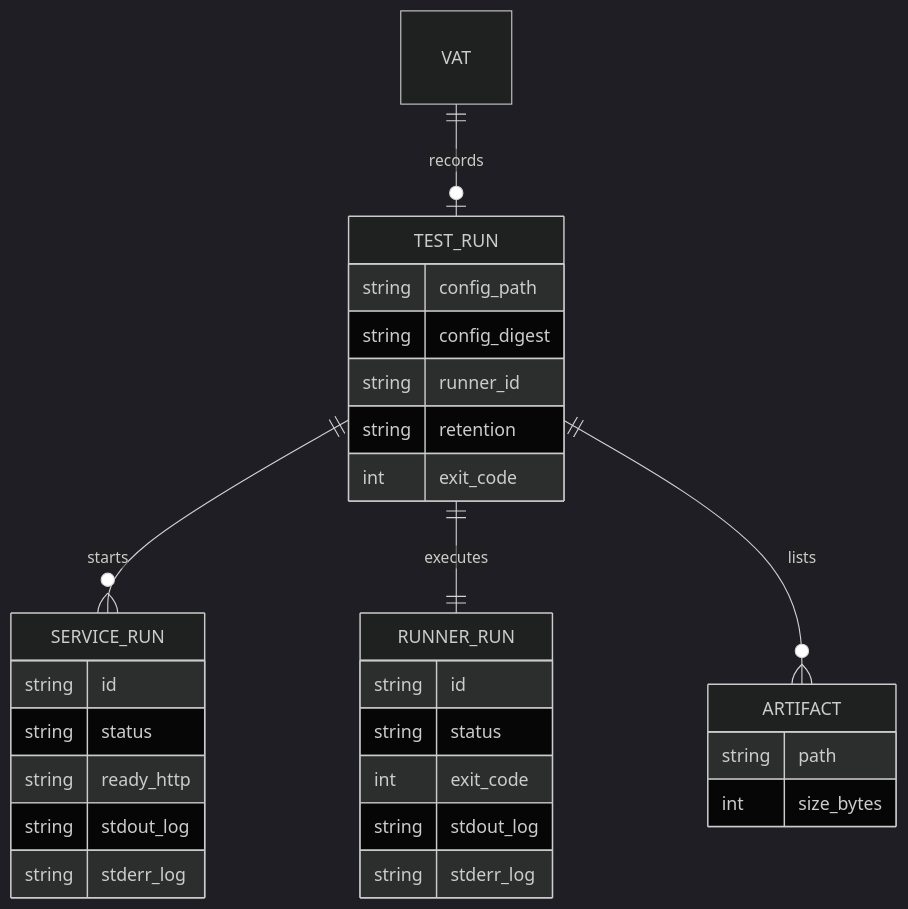
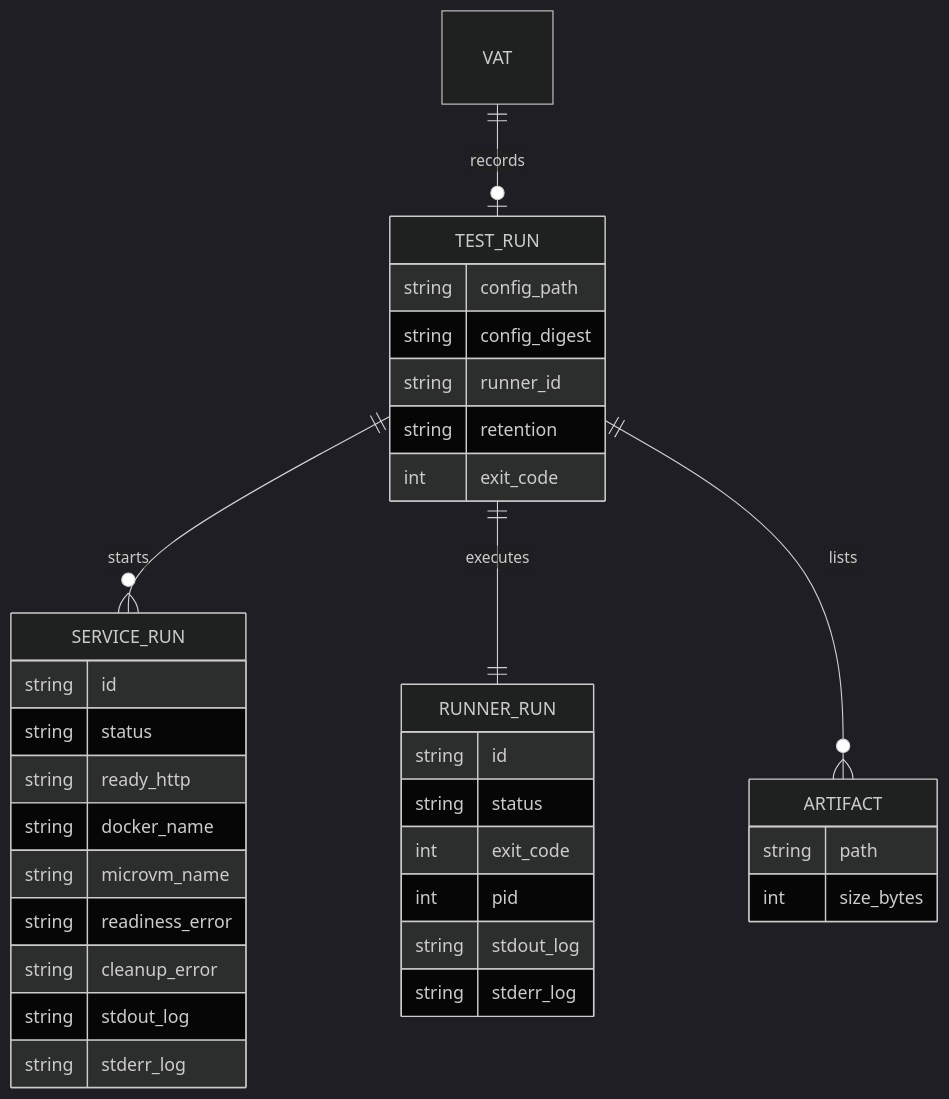
Before and after one commit to chrischeng-c4/axiom: the fifth of 7 diagrams in apps/vat/tech-design/logic/local-agent-test-runner-protocol.md, drawn with Mermaid (dark theme). The commit also changed other lines of this file and 55 other files, not shown here.

````diff
--- a/apps/vat/tech-design/logic/local-agent-test-runner-protocol.md
+++ b/apps/vat/tech-design/logic/local-agent-test-runner-protocol.md
@@ -250,35 +279,40 @@
 ```mermaid
 ---
 id: vat-local-agent-test-runner-protocol-data-model
 ---
 erDiagram
     VAT ||--o| TEST_RUN : records
     TEST_RUN ||--o{ SERVICE_RUN : starts
     TEST_RUN ||--|| RUNNER_RUN : executes
     TEST_RUN ||--o{ ARTIFACT : lists
     TEST_RUN {
       string config_path
       string config_digest
       string runner_id
       string retention
       int exit_code
     }
     SERVICE_RUN {
       string id
       string status
       string ready_http
+      string docker_name
+      string microvm_name
+      string readiness_error
+      string cleanup_error
       string stdout_log
       string stderr_log
     }
     RUNNER_RUN {
       string id
       string status
       int exit_code
+      int pid
       string stdout_log
       string stderr_log
     }
     ARTIFACT {
       string path
       int size_bytes
     }
 ```
````
